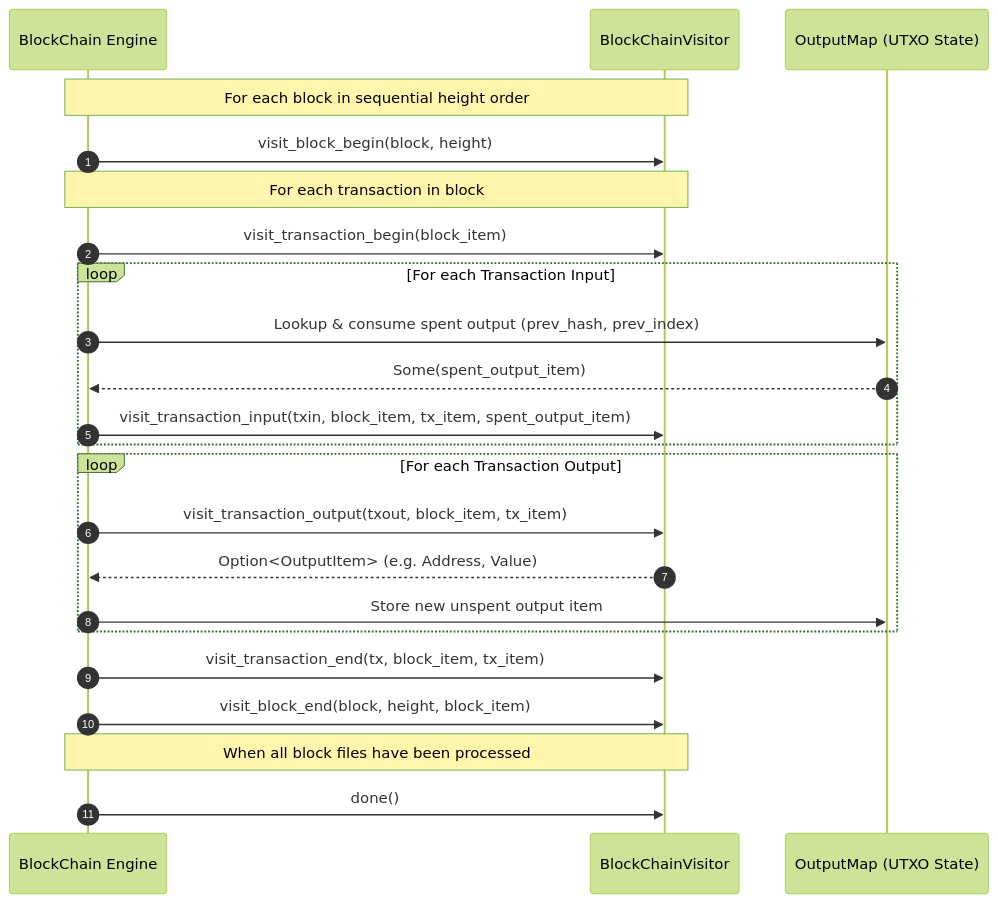
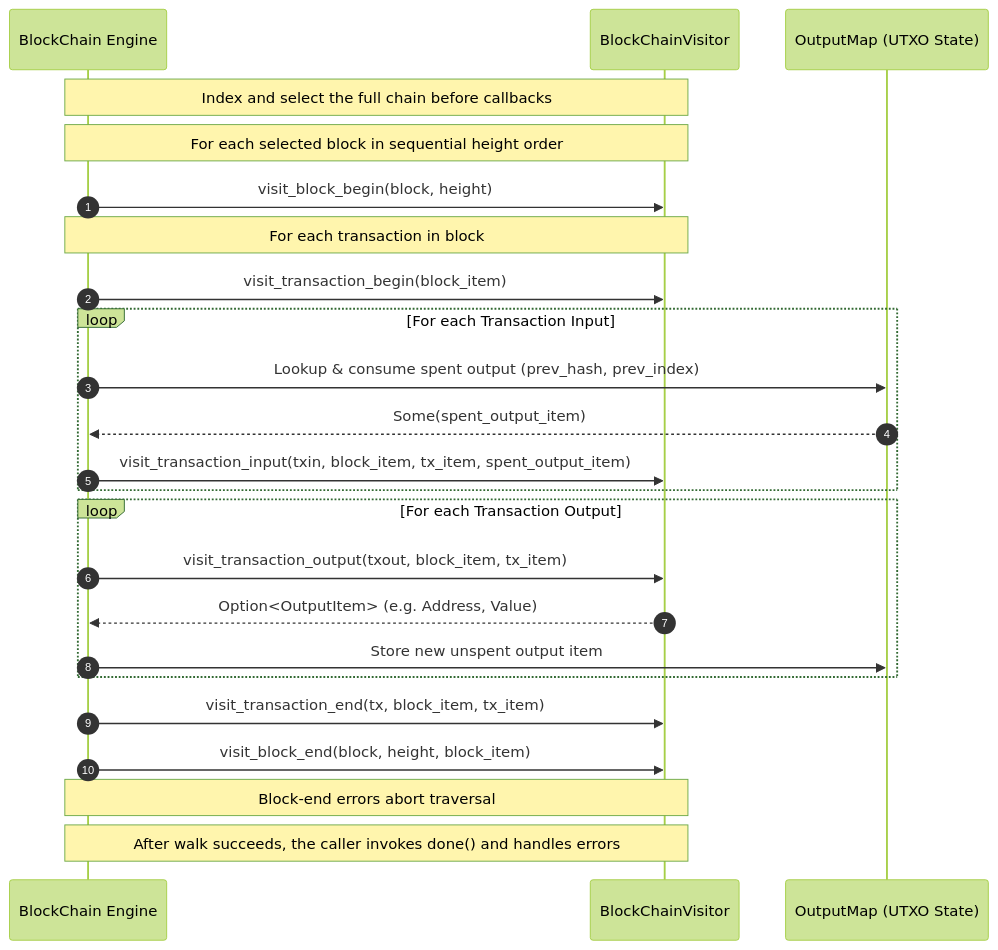
The second of 3 diagrams in README.md (mikispag/bitiodine), drawn with Mermaid (forest theme) before and after one commit. The commit also changed other lines of this file and 28 other files, not shown here.

````diff
--- a/README.md
+++ b/README.md
@@ -171,30 +174,31 @@
 ```mermaid
 sequenceDiagram
     autonumber
     participant BC as BlockChain Engine
     participant V as BlockChainVisitor
     participant UTXO as OutputMap (UTXO State)
 
-    Note over BC,V: For each block in sequential height order
+    Note over BC,V: Index and select the full chain before callbacks
+    Note over BC,V: For each selected block in sequential height order
     BC->>V: visit_block_begin(block, height)
     Note over BC,V: For each transaction in block
     BC->>V: visit_transaction_begin(block_item)
 
     loop For each Transaction Input
         BC->>UTXO: Lookup & consume spent output (prev_hash, prev_index)
         UTXO-->>BC: Some(spent_output_item)
         BC->>V: visit_transaction_input(txin, block_item, tx_item, spent_output_item)
     end
 
     loop For each Transaction Output
         BC->>V: visit_transaction_output(txout, block_item, tx_item)
         V-->>BC: Option<OutputItem> (e.g. Address, Value)
         BC->>UTXO: Store new unspent output item
     end
 
     BC->>V: visit_transaction_end(tx, block_item, tx_item)
     BC->>V: visit_block_end(block, height, block_item)
 
-    Note over BC,V: When all block files have been processed
-    BC->>V: done()
+    Note over BC,V: Block-end errors abort traversal
+    Note over BC,V: After walk succeeds, the caller invokes done() and handles errors
 ```
````
